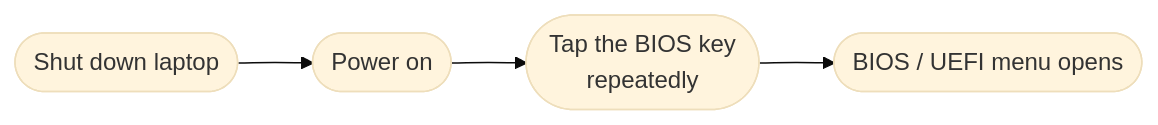
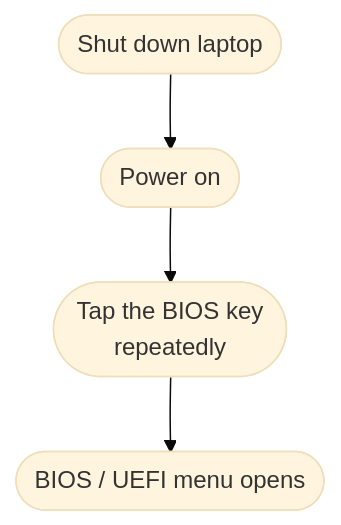
The third of 4 diagrams in app/content/0.prerequisites/4.migrate-to-ubuntu.md (yaswanthkosuru/grit), drawn with Mermaid (base theme) before and after one commit. The commit also changed other lines of this file and 1 other file, not shown here.

First line of the commit message:
Make mermaid diagrams readable on all screens

````diff
--- a/app/content/0.prerequisites/4.migrate-to-ubuntu.md
+++ b/app/content/0.prerequisites/4.migrate-to-ubuntu.md
@@ -111,6 +111,6 @@
 ```mermaid
-flowchart LR
+flowchart TD
     Off([Shut down laptop]) --> On([Power on])
     On --> Tap([Tap the BIOS key<br/>repeatedly])
     Tap --> Menu([BIOS / UEFI menu opens])
 ```
````
